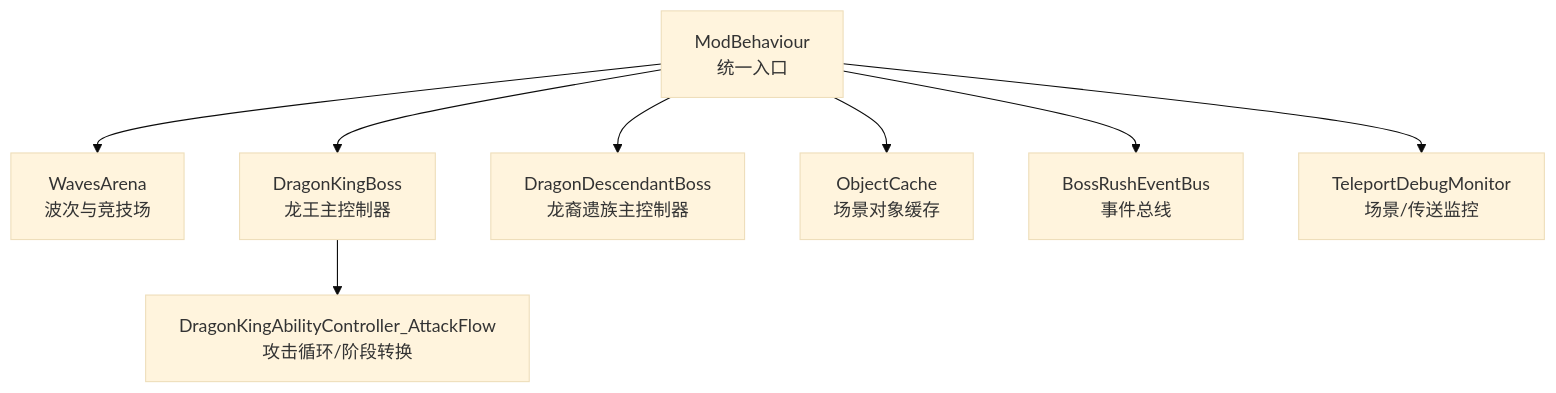
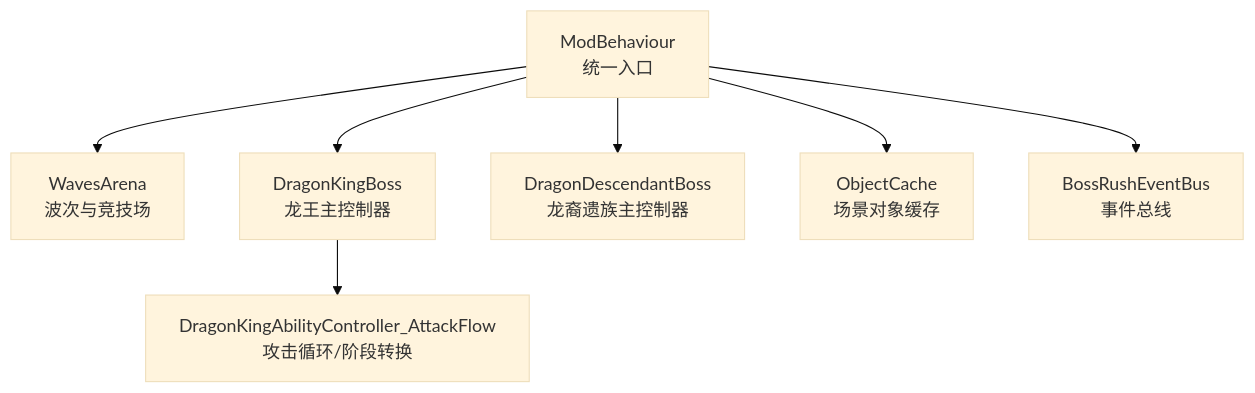
Before and after one commit to GASEN1216/BossRushMod: the first of 4 diagrams in .qoder/repowiki/zh/content/自定义 Boss 系统/焚天龙皇 Boss/核心架构与生命周期.md, drawn with Mermaid (base theme). The commit also changed other lines of this file and 21 other files, not shown here.

````diff
--- a/.qoder/repowiki/zh/content/自定义 Boss 系统/焚天龙皇 Boss/核心架构与生命周期.md
+++ b/.qoder/repowiki/zh/content/自定义 Boss 系统/焚天龙皇 Boss/核心架构与生命周期.md
@@ -46,10 +44,9 @@
 ```mermaid
 graph TB
 MB["ModBehaviour<br/>统一入口"] --> WA["WavesArena<br/>波次与竞技场"]
 MB --> DK["DragonKingBoss<br/>龙王主控制器"]
 MB --> DD["DragonDescendantBoss<br/>龙裔遗族主控制器"]
 DK --> ATK["DragonKingAbilityController_AttackFlow<br/>攻击循环/阶段转换"]
 MB --> OC["ObjectCache<br/>场景对象缓存"]
 MB --> EB["BossRushEventBus<br/>事件总线"]
-MB --> TDM["TeleportDebugMonitor<br/>场景/传送监控"]
 ```
````
